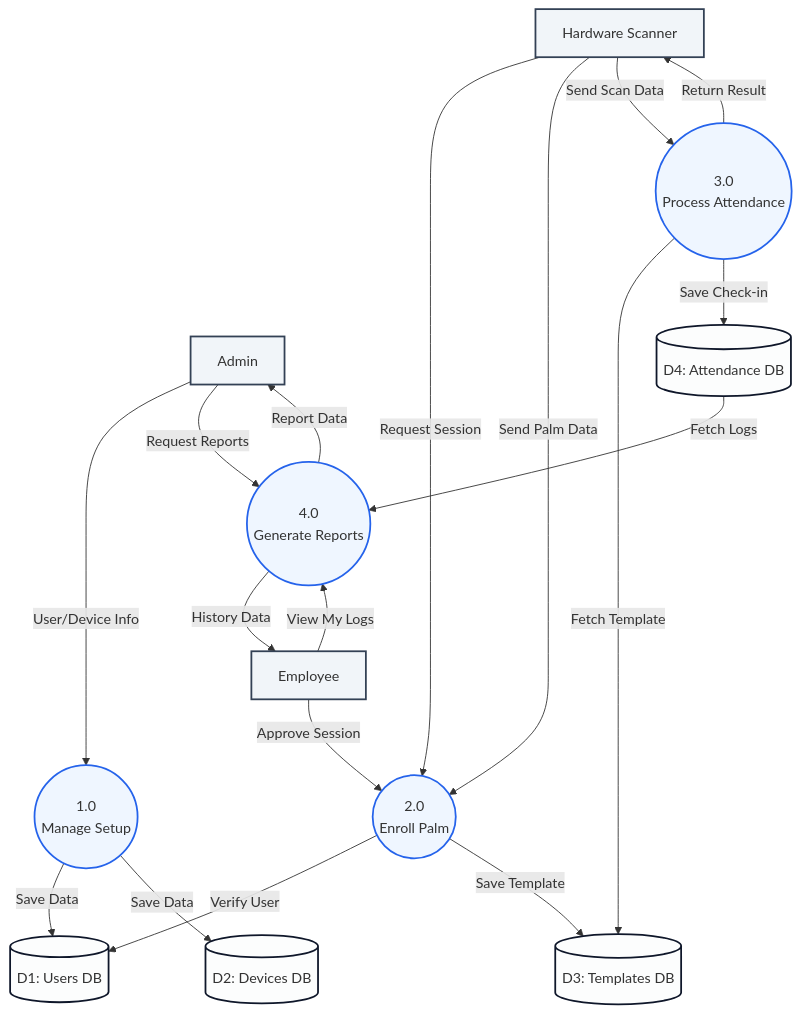
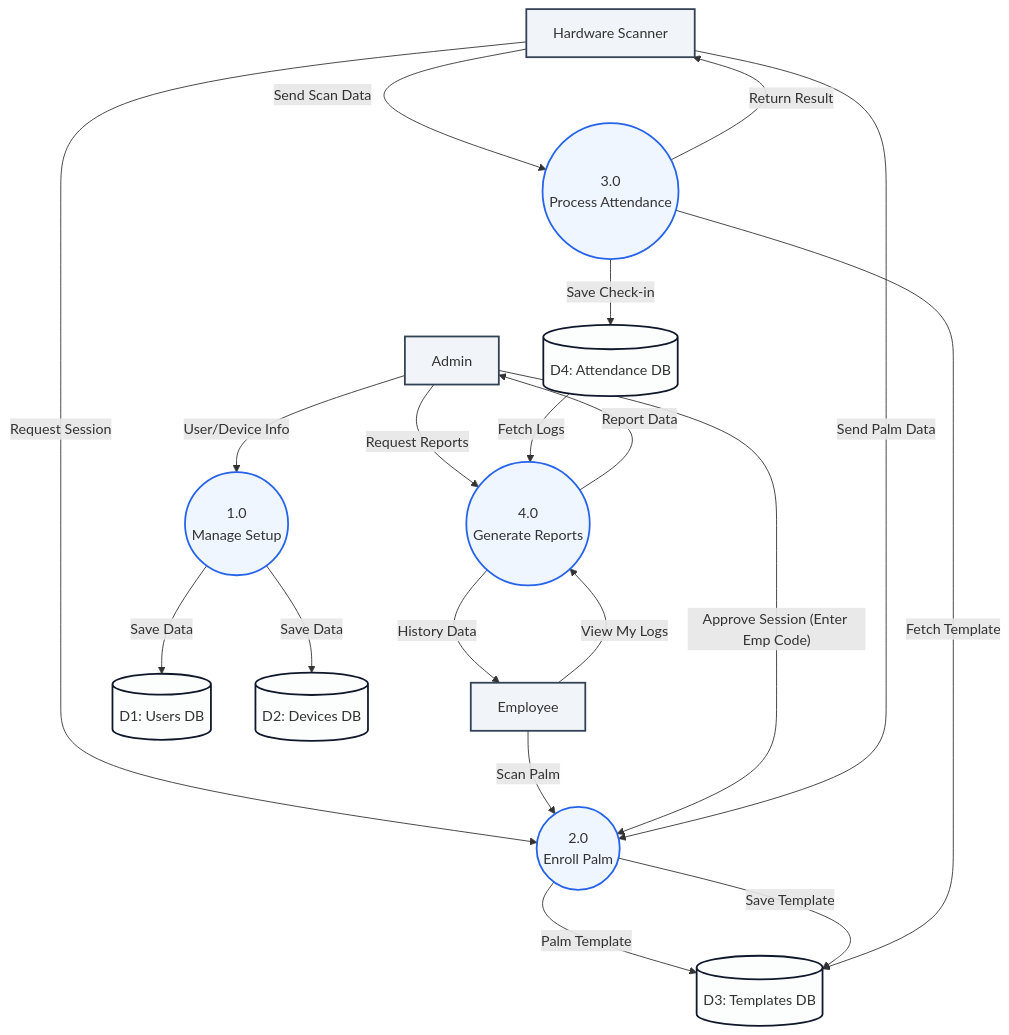
One commit to Touy2004/palm-back-end changed the fifth of 13 diagrams in USER_MANUAL.md. Above: the diagram before and after it, drawn with Mermaid. The commit also changed other lines of this file and 10 other files, not shown here.

Commit message:
feat: change pairing approval to admin-only using employee_code and update all docs

````diff
--- a/USER_MANUAL.md
+++ b/USER_MANUAL.md
@@ -295,49 +295,50 @@
 ```mermaid
 flowchart TD
     %% External Entities
     Admin[Admin]:::entity
     Employee[Employee]:::entity
     Device[Hardware Scanner]:::entity
 
     %% Processes
     P1((1.0<br/>Manage Setup)):::process
     P2((2.0<br/>Enroll Palm)):::process
     P3((3.0<br/>Process Attendance)):::process
     P4((4.0<br/>Generate Reports)):::process
 
     %% Data Stores
     D1[(D1: Users DB)]:::datastore
     D2[(D2: Devices DB)]:::datastore
     D3[(D3: Templates DB)]:::datastore
     D4[(D4: Attendance DB)]:::datastore
 
     %% Admin Setup Flows
     Admin -- "User/Device Info" --> P1
     P1 -- "Save Data" --> D1
     P1 -- "Save Data" --> D2
 
     %% Palm Enrollment Flows
     Device -- "Request Session" --> P2
-    Employee -- "Approve Session" --> P2
-    P2 -- "Verify User" --> D1
+    Employee -- "Scan Palm" --> P2
+    Admin -- "Approve Session (Enter Emp Code)" --> P2
+    P2 -- "Palm Template" --> D3
     P2 -- "Save Template" --> D3
     Device -- "Send Palm Data" --> P2
 
     %% Attendance Processing Flows
     Device -- "Send Scan Data" --> P3
     P3 -- "Fetch Template" --> D3
     P3 -- "Save Check-in" --> D4
     P3 -- "Return Result" --> Device
 
     %% Reporting Flows
     Admin -- "Request Reports" --> P4
     Employee -- "View My Logs" --> P4
     D4 -- "Fetch Logs" --> P4
     P4 -- "Report Data" --> Admin
     P4 -- "History Data" --> Employee
 
     %% Styling
     classDef entity fill:#f1f5f9,stroke:#334155,stroke-width:2px,shape:rect
     classDef process fill:#eff6ff,stroke:#2563eb,stroke-width:2px,shape:circle
     classDef datastore fill:#fcfdfd,stroke:#0f172a,stroke-width:2px,shape:cylinder
 ```
````
